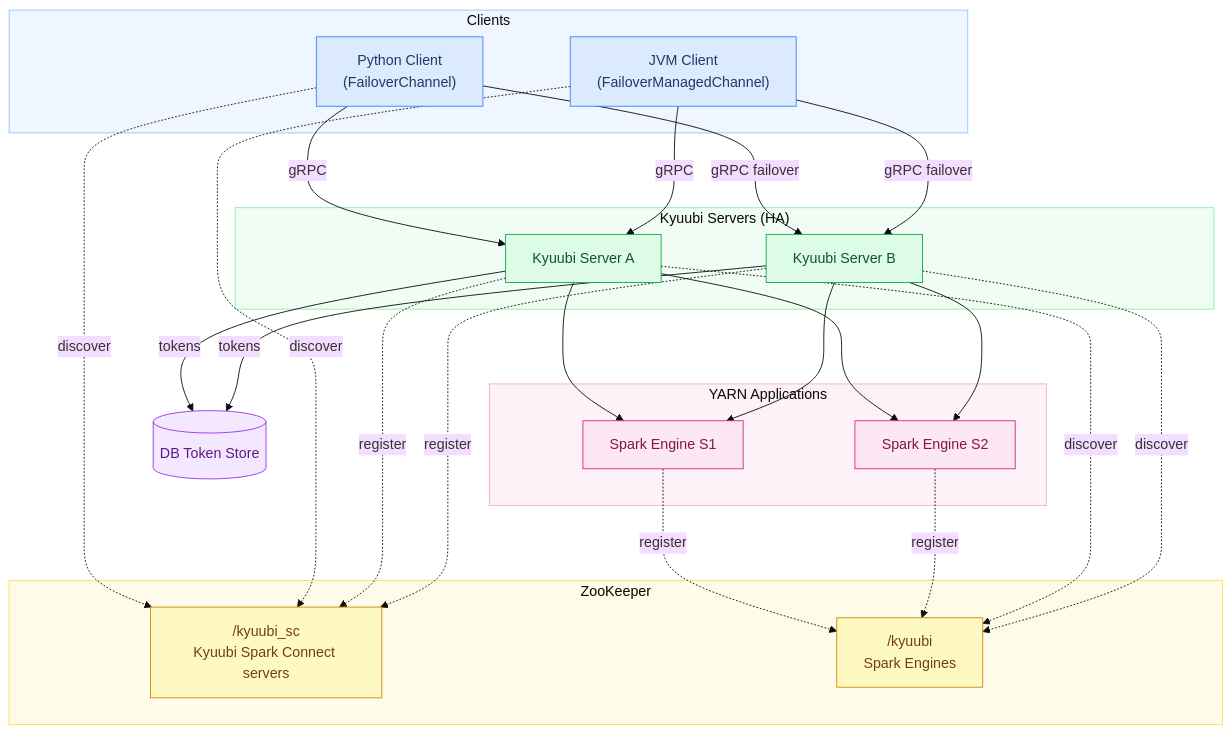
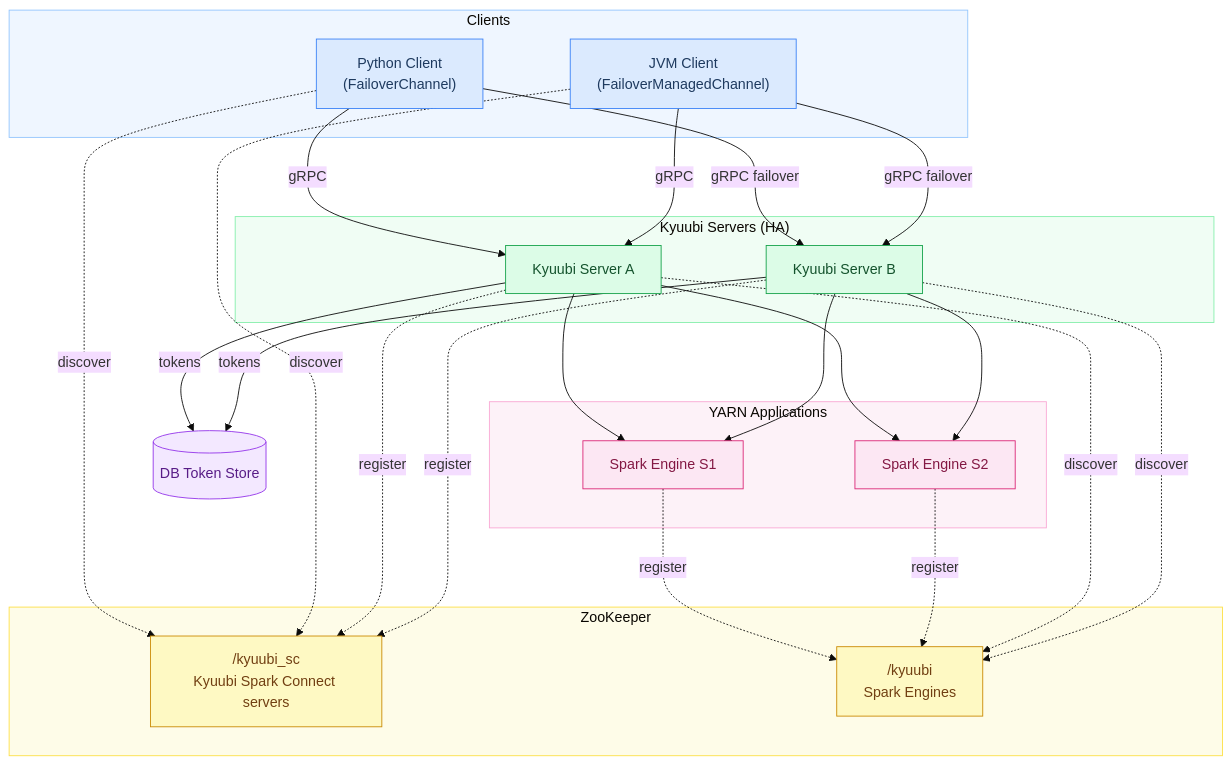
One commit to arenadata/kyuubi changed the diagram in docs/spark_connect/spark_connect_ha_architecture.mmd. Above: the diagram before and after it, drawn with Mermaid (base theme).

Commit message:
ADH-8176: docs/spark_connect/spark_connect_ha_architecture.mmd: set rankSpacing 65

```diff
--- a/docs/spark_connect/spark_connect_ha_architecture.mmd
+++ b/docs/spark_connect/spark_connect_ha_architecture.mmd
@@ -1,69 +1,69 @@
 ---
 config:
   flowchart:
-    rankSpacing: 60
+    rankSpacing: 65
 ---
 
 graph TB
     subgraph Clients
         PY["Python Client\n(FailoverChannel)"]
         JVM["JVM Client\n(FailoverManagedChannel)"]
     end
 
     subgraph ZK["ZooKeeper"]
         ZK_SC["/kyuubi_sc\nKyuubi Spark Connect servers"]
         ZK_ENG["/kyuubi\nSpark Engines"]
     end
 
     subgraph HA["Kyuubi Servers (HA)"]
         KA["Kyuubi Server A"]
         KB["Kyuubi Server B"]
     end
 
     DB[("DB Token Store")]
 
     subgraph Engines["YARN Applications"]
         E1["Spark Engine S1"]
         E2["Spark Engine S2"]
     end
 
     PY -- "gRPC" --> KA
     PY -- "gRPC failover" --> KB
     JVM -- "gRPC" --> KA
     JVM -- "gRPC failover" --> KB
 
     PY -. "discover" .-> ZK_SC
     JVM -. "discover" .-> ZK_SC
 
     KA -. "register" .-> ZK_SC
     KB -. "register" .-> ZK_SC
 
     KA -- "tokens" --> DB
     KB -- "tokens" --> DB
 
     KA --> E1
     KB --> E1
     KA --> E2
     KB --> E2
 
     E1 -. "register" .-> ZK_ENG
     E2 -. "register" .-> ZK_ENG
     KA -. "discover" .-> ZK_ENG
     KB -. "discover" .-> ZK_ENG
 
     classDef client fill:#dbeafe,stroke:#3b82f6,color:#1e3a5f
     classDef kyuubi fill:#dcfce7,stroke:#16a34a,color:#14532d
     classDef zk fill:#fef9c3,stroke:#ca8a04,color:#713f12
     classDef engine fill:#fce7f3,stroke:#db2777,color:#831843
     classDef db fill:#f3e8ff,stroke:#9333ea,color:#581c87
 
     class PY,JVM client
     class KA,KB kyuubi
     class ZK_SC,ZK_ENG zk
     class E1,E2 engine
     class DB db
 
     style Clients fill:#eff6ff,stroke:#93c5fd
     style HA fill:#f0fdf4,stroke:#86efac
     style ZK fill:#fefce8,stroke:#fde047
     style Engines fill:#fdf2f8,stroke:#f9a8d4
```
